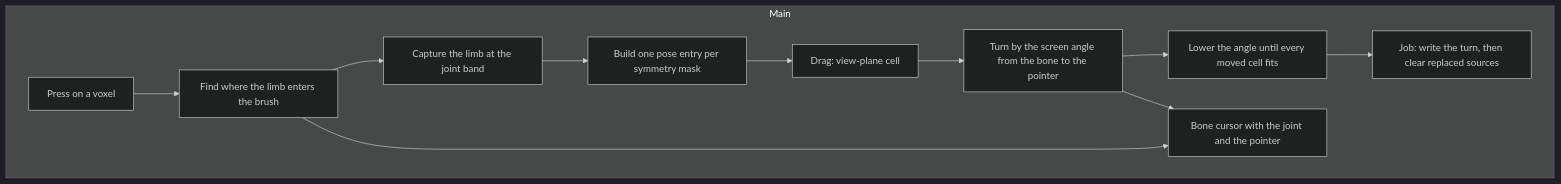
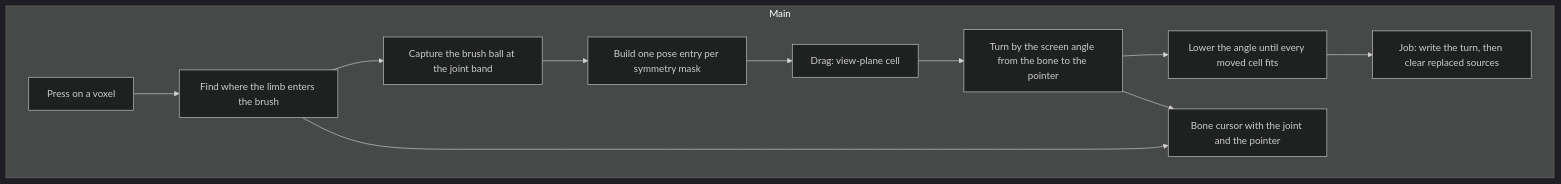
The third of 3 diagrams in docs/agents/tool-flows/deform.md (LeonardMeagher2/LVE), drawn with Mermaid (dark theme) before and after one commit. The commit also changed other lines of this file and 11 other files, not shown here.

````diff
--- a/docs/agents/tool-flows/deform.md
+++ b/docs/agents/tool-flows/deform.md
@@ -139,17 +140,17 @@
 ```mermaid
 flowchart TD
   subgraph Main["Main"]
     P1["Press on a voxel"]
     P2["Find where the limb enters the brush"]
-    P3["Capture the limb at the joint band"]
+    P3["Capture the brush ball at the joint band"]
     P4["Build one pose entry per symmetry mask"]
     P5["Drag: view-plane cell"]
     P6["Turn by the screen angle from the bone to the pointer"]
     P7["Lower the angle until every moved cell fits"]
     P8["Job: write the turn, then clear replaced sources"]
     P9["Bone cursor with the joint and the pointer"]
   end
   P1 --> P2 --> P3 --> P4 --> P5 --> P6 --> P7 --> P8
   P2 --> P9
   P6 --> P9
 ```
````
